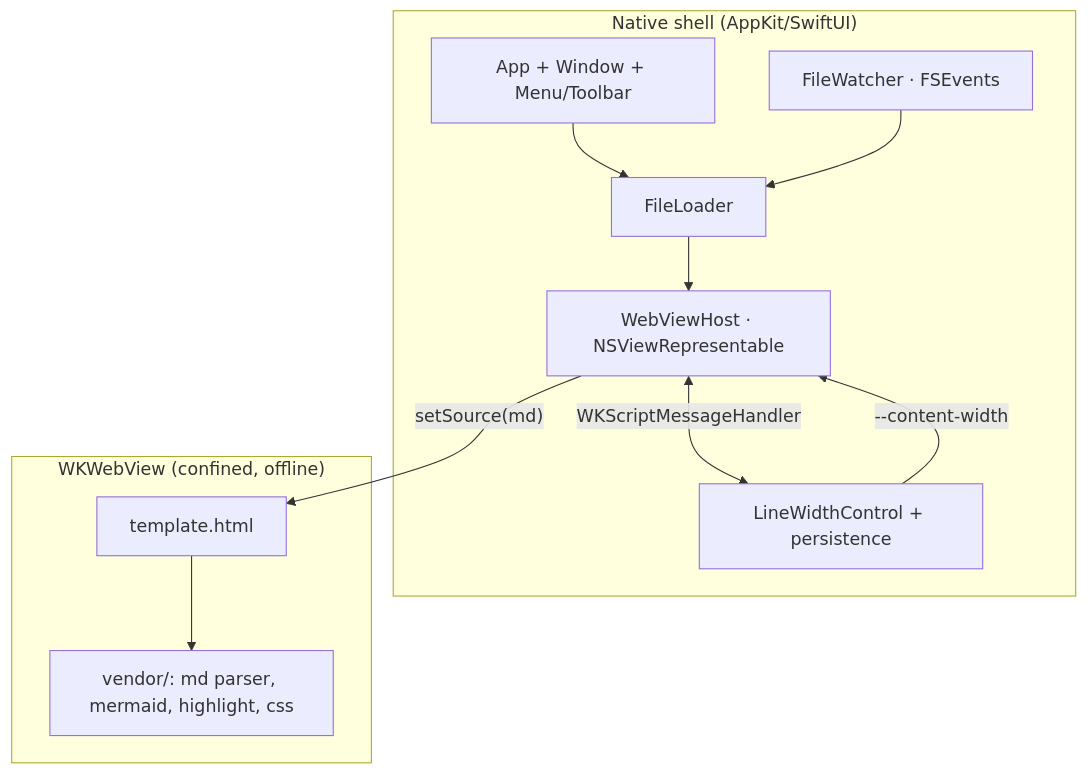
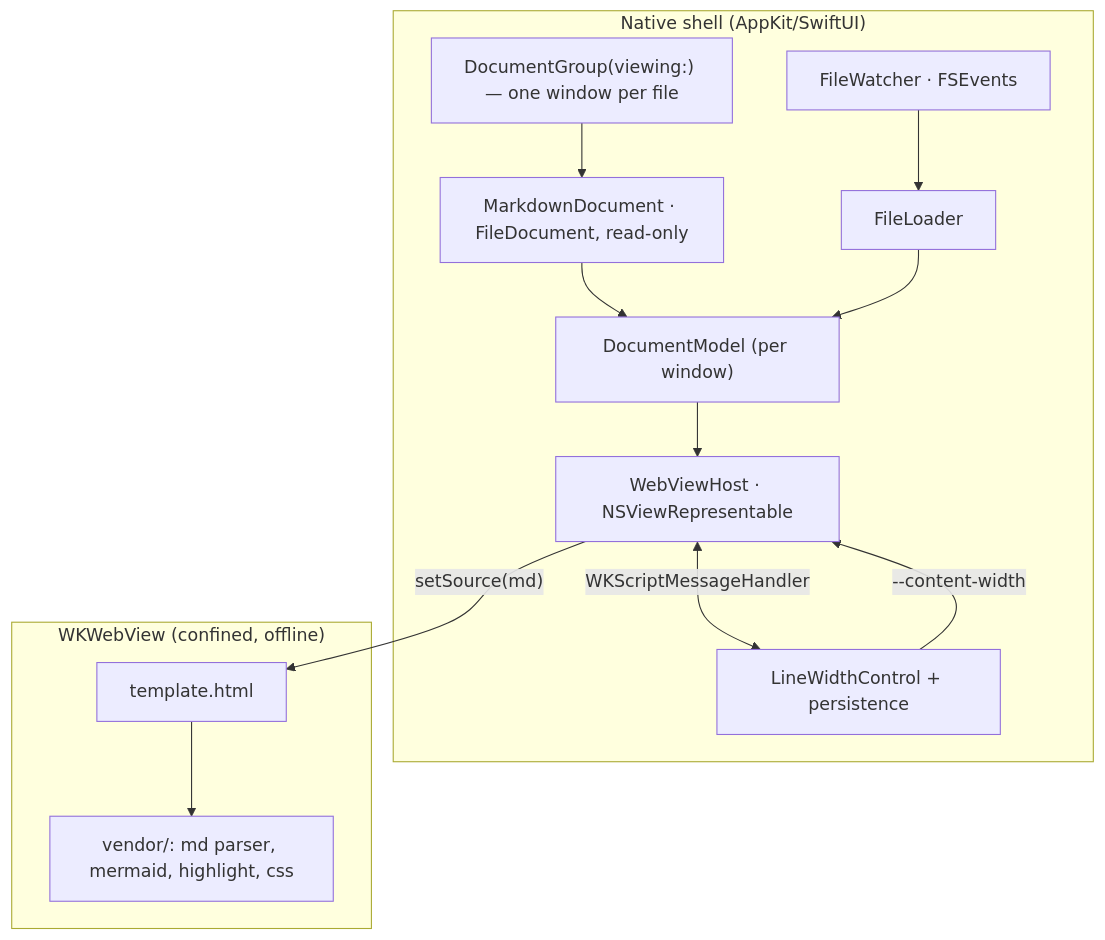
Before and after one commit to korchasa/markio-macos-markdown-preview: the diagram in documents/design.md, drawn with Mermaid. The commit also changed other lines of this file and 15 other files, not shown here.

First line of the commit message:
feat: open each document in its own window (DocumentGroup)

````diff
--- a/documents/design.md
+++ b/documents/design.md
@@ -9,20 +9,23 @@
 ```mermaid
 flowchart TD
   subgraph Native["Native shell (AppKit/SwiftUI)"]
-    App[App + Window + Menu/Toolbar]
+    Group["DocumentGroup(viewing:) — one window per file"]
+    Doc[MarkdownDocument · FileDocument, read-only]
+    Model["DocumentModel (per window)"]
     Loader[FileLoader]
     Watcher[FileWatcher · FSEvents]
     WidthCtl[LineWidthControl + persistence]
     Host[WebViewHost · NSViewRepresentable]
   end
   subgraph Web["WKWebView (confined, offline)"]
     Template[template.html]
     Vendor[vendor/: md parser, mermaid, highlight, css]
   end
-  App --> Loader --> Host
-  Watcher --> Loader
+  Group --> Doc --> Model
+  Model --> Host
+  Watcher --> Loader --> Model
   WidthCtl -- "--content-width" --> Host
   Host -- "setSource(md)" --> Template
   Template --> Vendor
   Host <-- "WKScriptMessageHandler" --> WidthCtl
 ```
````
